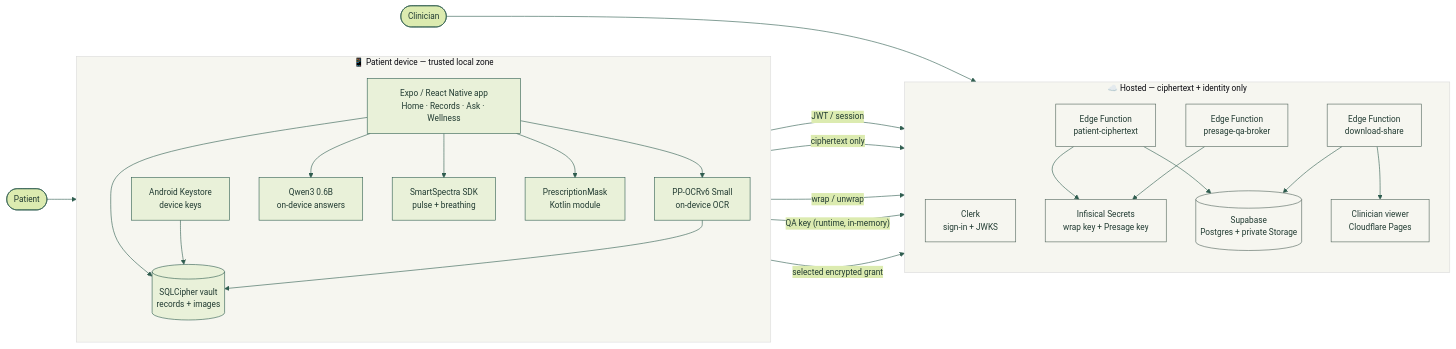
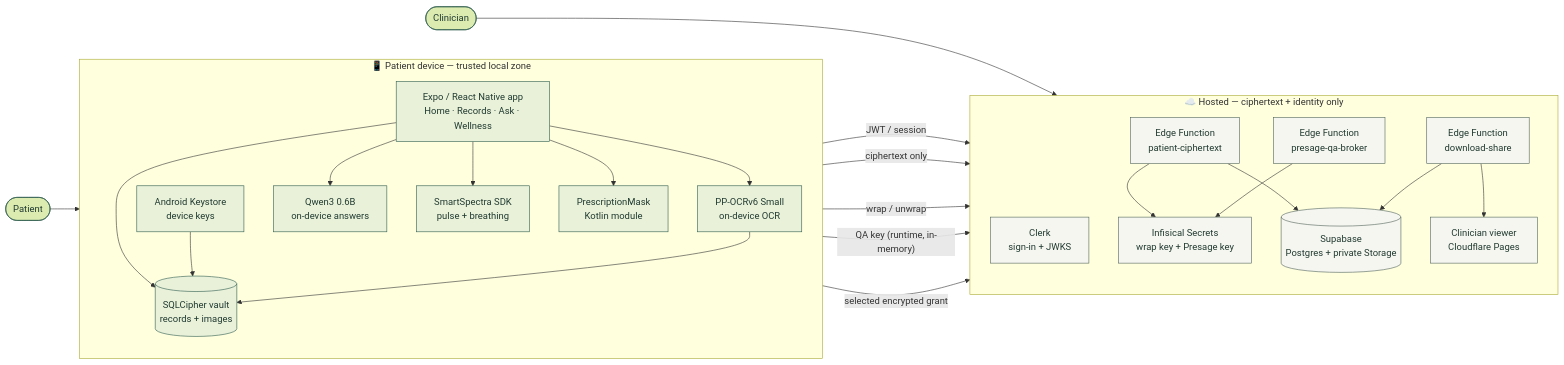
The first of 2 diagrams in README.md (ShatilKhan/zoe), drawn with Mermaid before and after one commit. The commit also changed other lines of this file, not shown here.

Commit message:
docs: simplify Mermaid sequence diagram for GitHub rendering

````diff
--- a/README.md
+++ b/README.md
@@ -13,67 +13,55 @@
 ```mermaid
----
-config:
-  theme: base
-  themeVariables:
-    primaryColor: "#E9F1D9"
-    primaryTextColor: "#203A31"
-    primaryBorderColor: "#2F5D4F"
-    lineColor: "#2F5D4F"
-    secondaryColor: "#DCEBB0"
-    tertiaryColor: "#F6F6F0"
-    fontSize: 14px
----
 flowchart LR
     patient([Patient])
 
     subgraph DEVICE["📱 Patient device — trusted local zone"]
         direction TB
         UI["Expo / React Native app<br/>Home · Records · Ask · Wellness"]
         VAULT[("SQLCipher vault<br/>records + images")]
         KEYS["Android Keystore<br/>device keys"]
         OCR["PP-OCRv6 Small<br/>on-device OCR"]
         LLM["Qwen3 0.6B<br/>on-device answers"]
         SENSOR["SmartSpectra SDK<br/>pulse + breathing"]
         MASK["PrescriptionMask<br/>Kotlin module"]
 
         UI --> VAULT
         KEYS --> VAULT
         UI --> OCR --> VAULT
         UI --> LLM
         UI --> SENSOR
         UI --> MASK
     end
 
     subgraph HOSTED["☁️ Hosted — ciphertext + identity only"]
         direction TB
         CLERK["Clerk<br/>sign-in + JWKS"]
         SUPA[("Supabase<br/>Postgres + private Storage")]
         FN_CIPHER["Edge Function<br/>patient-ciphertext"]
         FN_SHARE["Edge Function<br/>download-share"]
         FN_BROKER["Edge Function<br/>presage-qa-broker"]
         INFISICAL["Infisical Secrets<br/>wrap key + Presage key"]
         VIEWER["Clinician viewer<br/>Cloudflare Pages"]
     end
 
     clinician([Clinician])
 
     patient --> UI
     UI -- "JWT / session" --> CLERK
     UI -- "ciphertext only" --> SUPA
     UI -- "wrap / unwrap" --> FN_CIPHER
     UI -- "QA key (runtime, in-memory)" --> FN_BROKER
     FN_CIPHER --> INFISICAL
     FN_CIPHER --> SUPA
     FN_BROKER --> INFISICAL
     UI -- "selected encrypted grant" --> FN_SHARE
     FN_SHARE --> SUPA
     FN_SHARE --> VIEWER
     clinician --> VIEWER
 
     classDef local fill:#E9F1D9,stroke:#2F5D4F,color:#203A31;
     classDef hosted fill:#F6F6F0,stroke:#50645A,color:#203A31;
     classDef actor fill:#DCEBB0,stroke:#2F5D4F,color:#203A31;
     class UI,VAULT,KEYS,OCR,LLM,SENSOR,MASK local;
     class CLERK,SUPA,FN_CIPHER,FN_SHARE,FN_BROKER,INFISICAL,VIEWER hosted;
     class patient,clinician actor;
 ```
````
